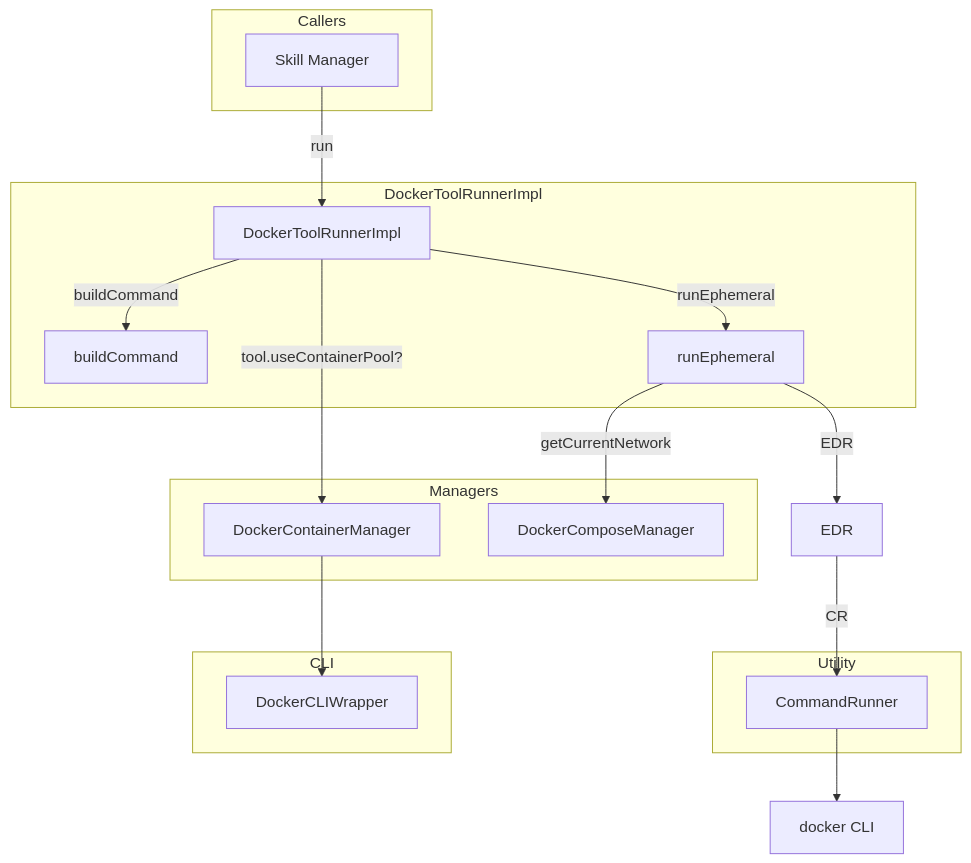
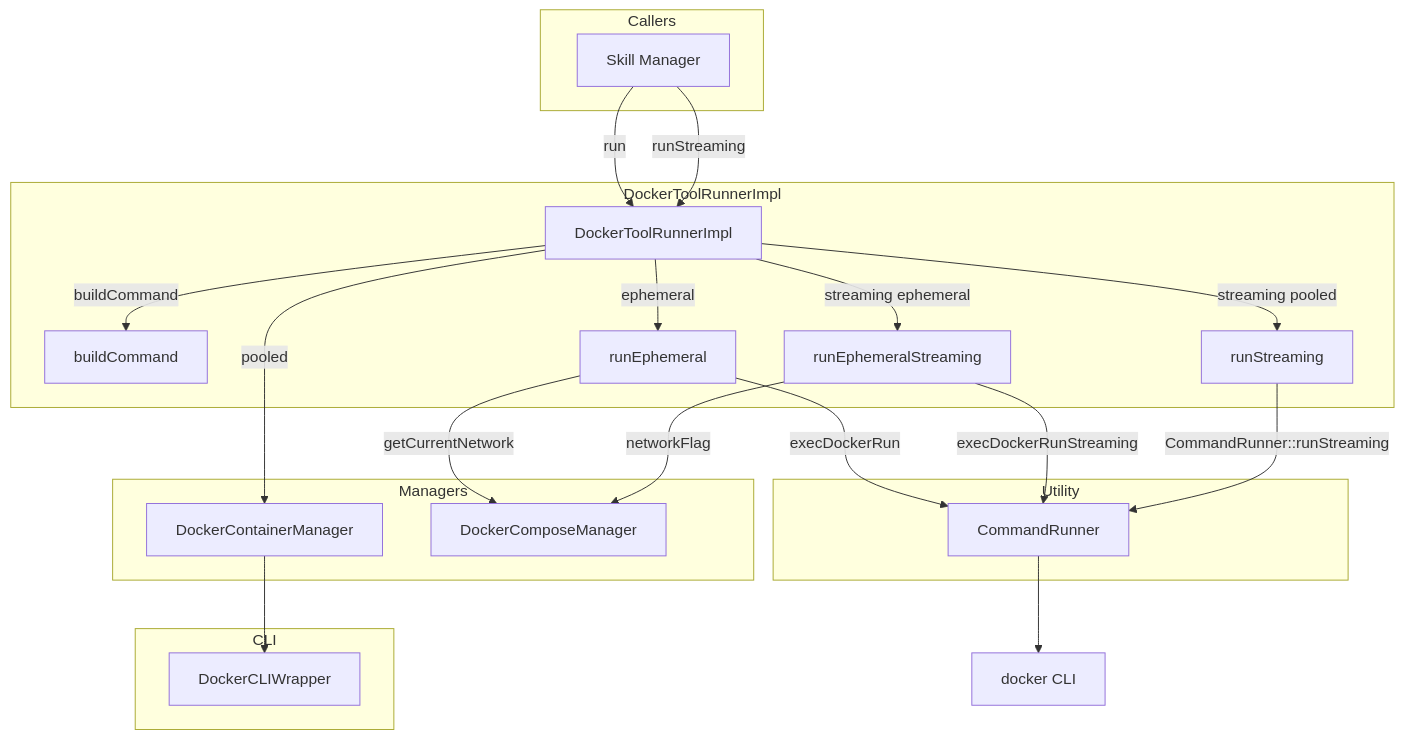
One commit to opensassi/a0 changed the first of 2 diagrams in src/docker/docker_tool_runner.spec.md. Above: the diagram before and after it, drawn with Mermaid. The commit also changed other lines of this file and 28 other files, not shown here.

````diff
--- a/src/docker/docker_tool_runner.spec.md
+++ b/src/docker/docker_tool_runner.spec.md
@@ -71,35 +101,42 @@
 ```mermaid
 graph TB
     subgraph Callers
         SM[Skill Manager]
     end
 
     subgraph DockerToolRunnerImpl
         DTR[DockerToolRunnerImpl]
         BC[buildCommand]
         RE[runEphemeral]
+        RES[runEphemeralStreaming]
+        RS[runStreaming]
     end
 
     subgraph Managers
         CM[DockerContainerManager]
         CompM[DockerComposeManager]
     end
 
     subgraph Utility
         CR[CommandRunner]
     end
 
     subgraph CLI
         DCW[DockerCLIWrapper]
     end
 
     SM -->|run| DTR
+    SM -->|runStreaming| DTR
     DTR -->|buildCommand| BC
-    DTR -->|tool.useContainerPool?| CM
-    DTR -->|runEphemeral| RE
-    RE -->|EDR| EDR
+    DTR -->|pooled| CM
+    DTR -->|ephemeral| RE
+    DTR -->|streaming pooled| RS
+    DTR -->|streaming ephemeral| RES
+    RE -->|execDockerRun| CR
+    RES -->|execDockerRunStreaming| CR
+    RS -->|CommandRunner::runStreaming| CR
     RE -->|getCurrentNetwork| CompM
-    EDR -->|CR| CR
+    RES -->|networkFlag| CompM
     CR --> Docker[docker CLI]
     CM --> DCW
 ```
````
